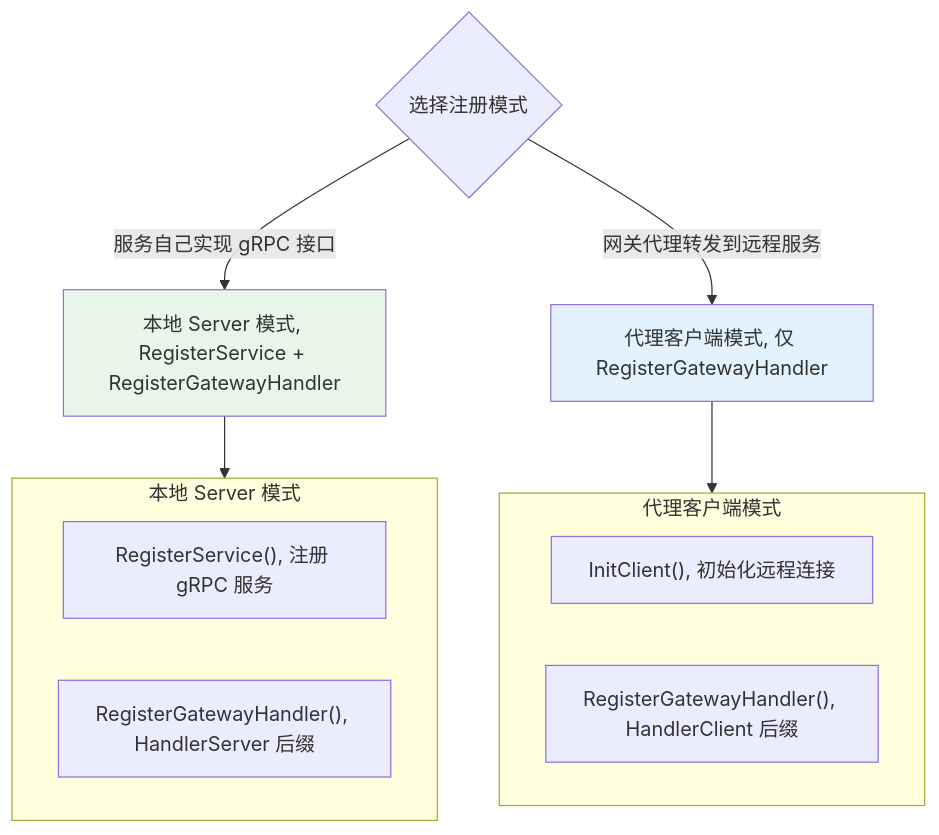
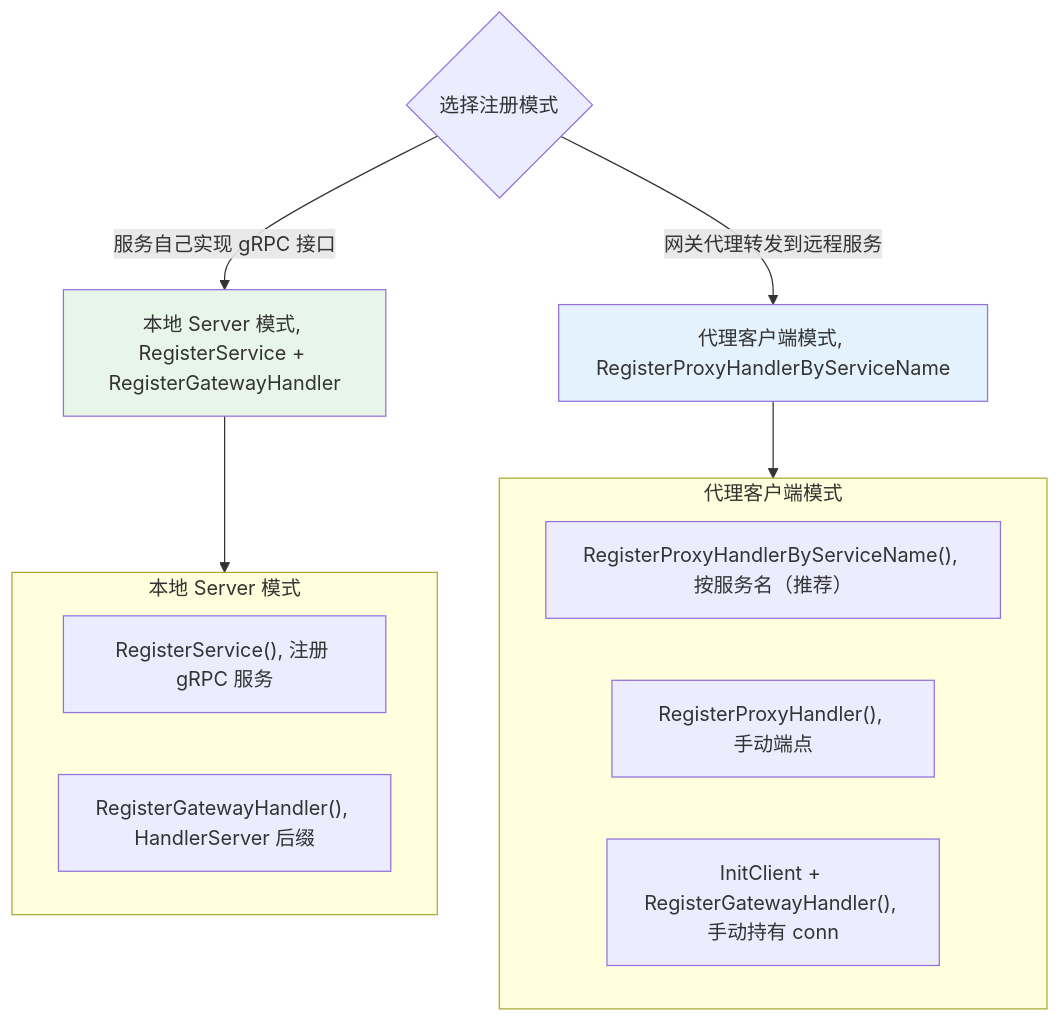
The third of 5 diagrams in docs/SERVICE-REGISTRATION.md (kamalyes/go-rpc-gateway), drawn with Mermaid before and after one commit. The commit also changed other lines of this file and 20 other files, not shown here.

````diff
--- a/docs/SERVICE-REGISTRATION.md
+++ b/docs/SERVICE-REGISTRATION.md
@@ -359,23 +361,24 @@
 ```mermaid
 flowchart TD
     MODE{"选择注册模式"}
 
     MODE -->|服务自己实现 gRPC 接口| LOCAL["本地 Server 模式, RegisterService + RegisterGatewayHandler"]
-    MODE -->|网关代理转发到远程服务| PROXY["代理客户端模式, 仅 RegisterGatewayHandler"]
+    MODE -->|网关代理转发到远程服务| PROXY["代理客户端模式, RegisterProxyHandlerByServiceName"]
 
     subgraph LOCAL_DETAIL["本地 Server 模式"]
         L1["RegisterService(), 注册 gRPC 服务"]
         L2["RegisterGatewayHandler(), HandlerServer 后缀"]
     end
 
     subgraph PROXY_DETAIL["代理客户端模式"]
-        P1["InitClient(), 初始化远程连接"]
-        P2["RegisterGatewayHandler(), HandlerClient 后缀"]
+        P1["RegisterProxyHandlerByServiceName(), 按服务名（推荐）"]
+        P2["RegisterProxyHandler(), 手动端点"]
+        P3["InitClient + RegisterGatewayHandler(), 手动持有 conn"]
     end
 
     LOCAL --> LOCAL_DETAIL
     PROXY --> PROXY_DETAIL
 
     style LOCAL fill:#e8f5e9
     style PROXY fill:#e3f2fd
 ```
````
